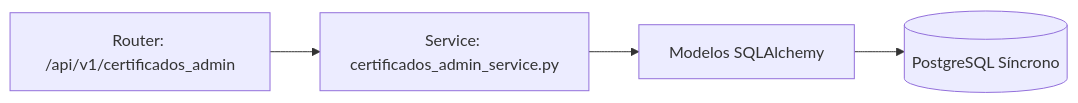
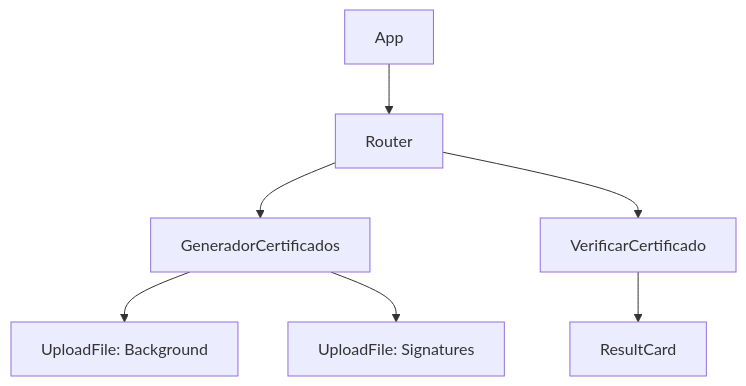
The third of 3 diagrams in website/docs/tecnico/04-modulos/06-certificados.md (TuGfaNat/Plataforma-MEH), drawn with Mermaid before and after one commit. The commit also changed other lines of this file and 21 other files, not shown here.

````diff
--- a/website/docs/tecnico/04-modulos/06-certificados.md
+++ b/website/docs/tecnico/04-modulos/06-certificados.md
@@ -17,6 +121,9 @@
 ```mermaid
-graph LR
-    API[Router: /api/v1/certificados_admin] --> Service[Service: certificados_admin_service.py]
-    Service --> Models[Modelos SQLAlchemy]
-    Models --> DB[(PostgreSQL Síncrono)]
+graph TD
+    App --> Router
+    Router --> AdminCert[GeneradorCertificados]
+    Router --> PublicCert[VerificarCertificado]
+    AdminCert --> UploadBG[UploadFile: Background]
+    AdminCert --> UploadSign[UploadFile: Signatures]
+    PublicCert --> ValidationCard[ResultCard]
 ```
````
